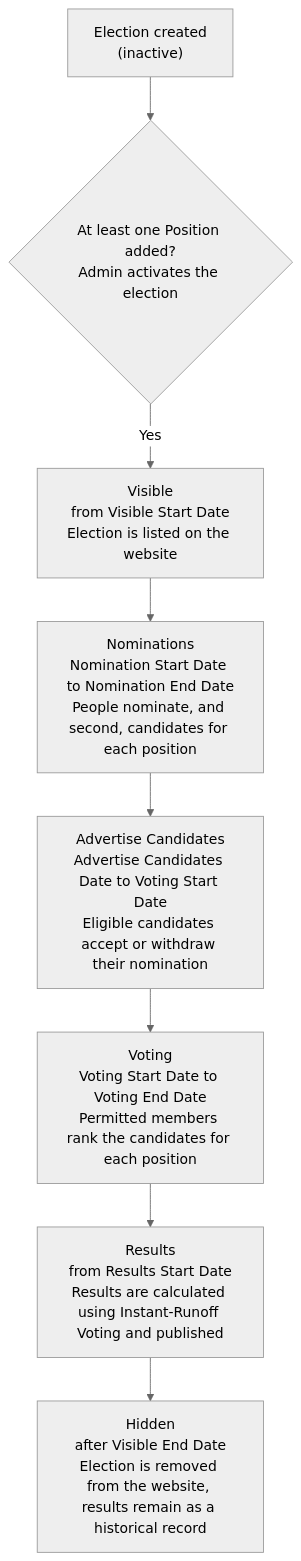
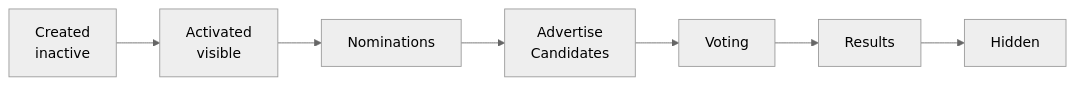
One commit to agileware/au.com.agileware.elections changed the diagram in docs/index.md. Above: the diagram before and after it, drawn with Mermaid (neutral theme). The commit also changed other lines of this file and 256 other files, not shown here.

````diff
--- a/docs/index.md
+++ b/docs/index.md
@@ -9,10 +50,4 @@
 ```mermaid
-flowchart TD
-    A["Election created<br/>(inactive)"] --> B{"At least one Position added?<br/>Admin activates the election"}
-    B -->|Yes| C["Visible<br/>from Visible Start Date<br/>Election is listed on the website"]
-    C --> D["Nominations<br/>Nomination Start Date to Nomination End Date<br/>People nominate, and second, candidates for each position"]
-    D --> E["Advertise Candidates<br/>Advertise Candidates Date to Voting Start Date<br/>Eligible candidates accept or withdraw their nomination"]
-    E --> F["Voting<br/>Voting Start Date to Voting End Date<br/>Permitted members rank the candidates for each position"]
-    F --> G["Results<br/>from Results Start Date<br/>Results are calculated using Instant-Runoff Voting and published"]
-    G --> H["Hidden<br/>after Visible End Date<br/>Election is removed from the website, results remain as a historical record"]
+flowchart LR
+    A["Created<br/>inactive"] --> B["Activated<br/>visible"] --> C["Nominations"] --> D["Advertise<br/>Candidates"] --> E["Voting"] --> F["Results"] --> G["Hidden"]
 ```
````
